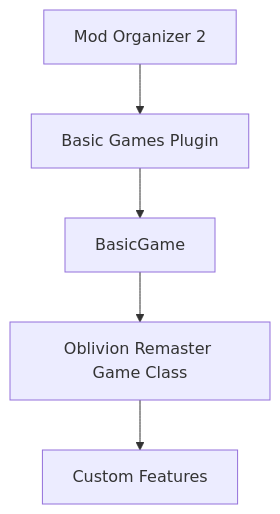
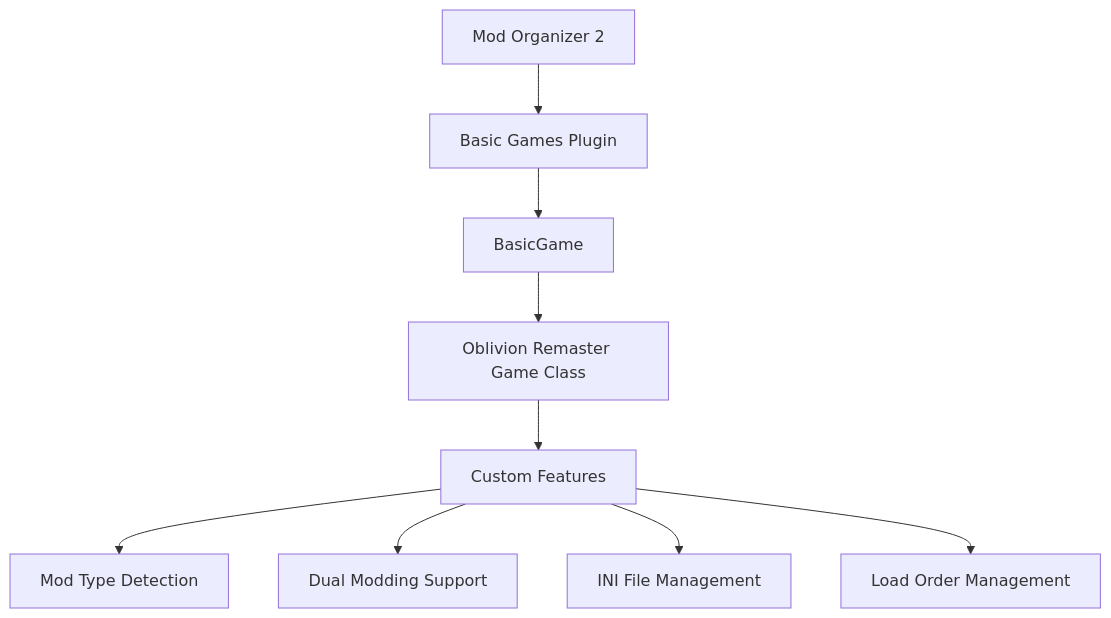
One commit to MrowrMisc/modorganizer changed the diagram in memory-bank/systemPatterns.md. Above: the diagram before and after it, drawn with Mermaid. The commit also changed other lines of this file and 6 other files, not shown here.

````diff
--- a/memory-bank/systemPatterns.md
+++ b/memory-bank/systemPatterns.md
@@ -28,7 +9,11 @@
 ```mermaid
 graph TD
     MO2[Mod Organizer 2] --> BasicGamesPlugin[Basic Games Plugin]
     BasicGamesPlugin --> BasicGame
     BasicGame --> OblivionRemasterGame[Oblivion Remaster Game Class]
     OblivionRemasterGame --> CustomFeatures[Custom Features]
+    CustomFeatures --> ModTypeDetection[Mod Type Detection]
+    CustomFeatures --> DualModdingSupport[Dual Modding Support]
+    CustomFeatures --> INIFileManagement[INI File Management]
+    CustomFeatures --> LoadOrderManagement[Load Order Management]
 ```
````
